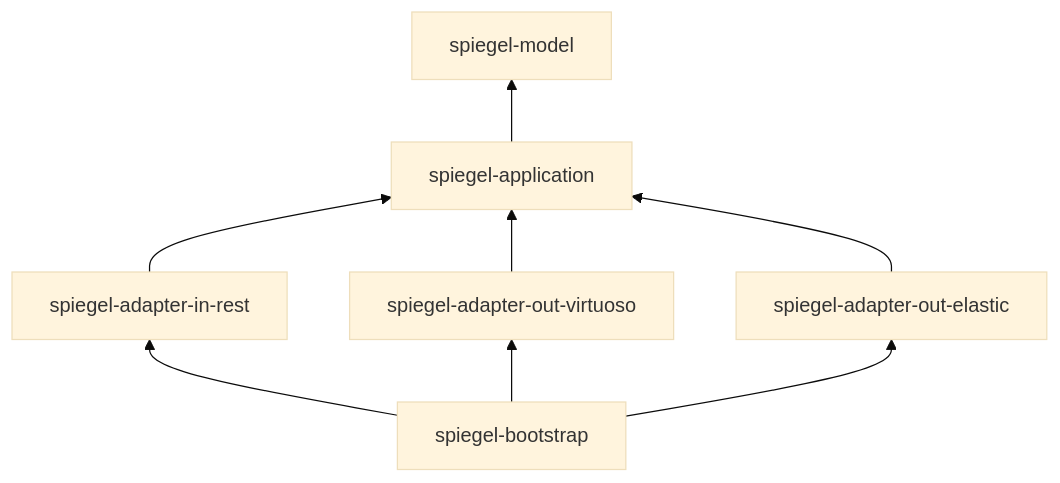
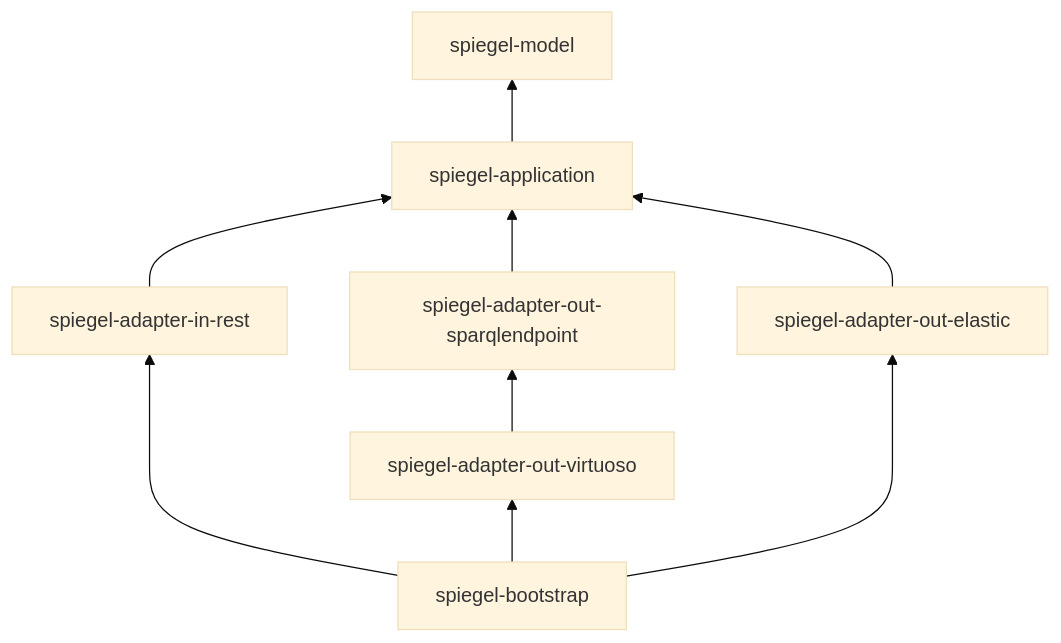
Before and after one commit to milieuinfo/SPieGeL: the diagram in docs/analysis/05-architecture/module-structure.md, drawn with Mermaid (base theme). The commit also changed other lines of this file and 15 other files, not shown here.

````diff
--- a/docs/analysis/05-architecture/module-structure.md
+++ b/docs/analysis/05-architecture/module-structure.md
@@ -34,9 +36,10 @@
 ```mermaid
 flowchart BT
     model[spiegel-model]
     application[spiegel-application] --> model
     rest[spiegel-adapter-in-rest] --> application
-    virtuoso[spiegel-adapter-out-virtuoso] --> application
+    sparqlendpoint[spiegel-adapter-out-sparqlendpoint] --> application
+    virtuoso[spiegel-adapter-out-virtuoso] --> sparqlendpoint
     elastic[spiegel-adapter-out-elastic] --> application
     bootstrap[spiegel-bootstrap] --> rest & virtuoso & elastic
 ```
````
